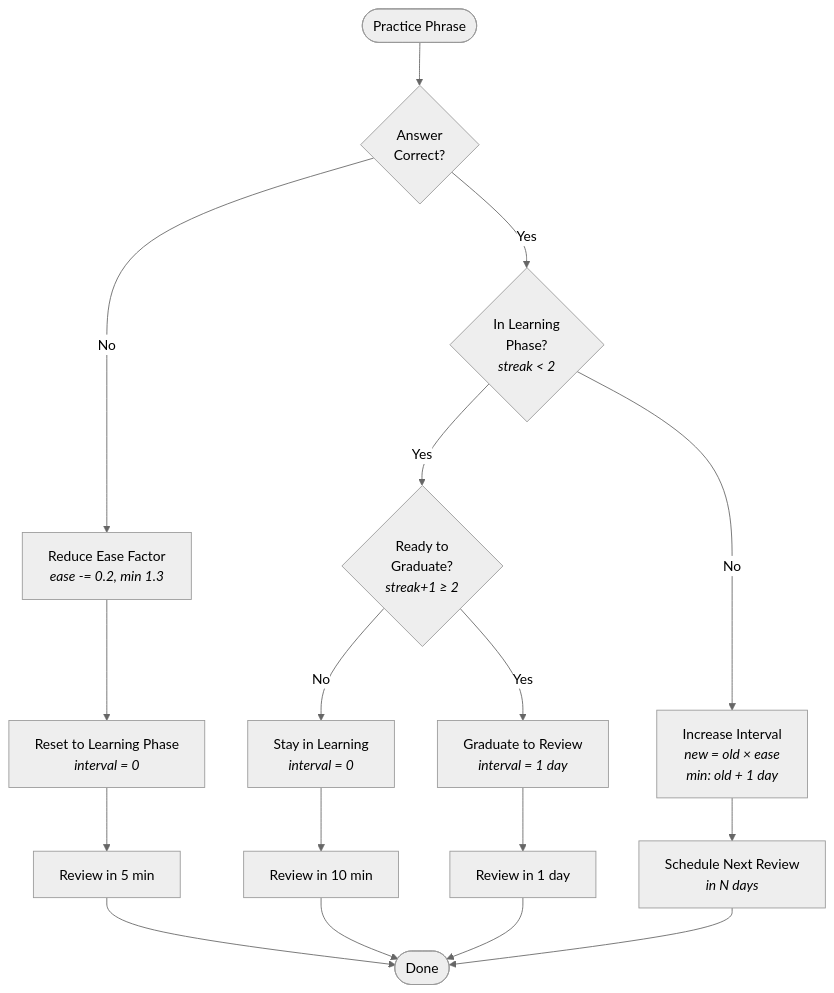
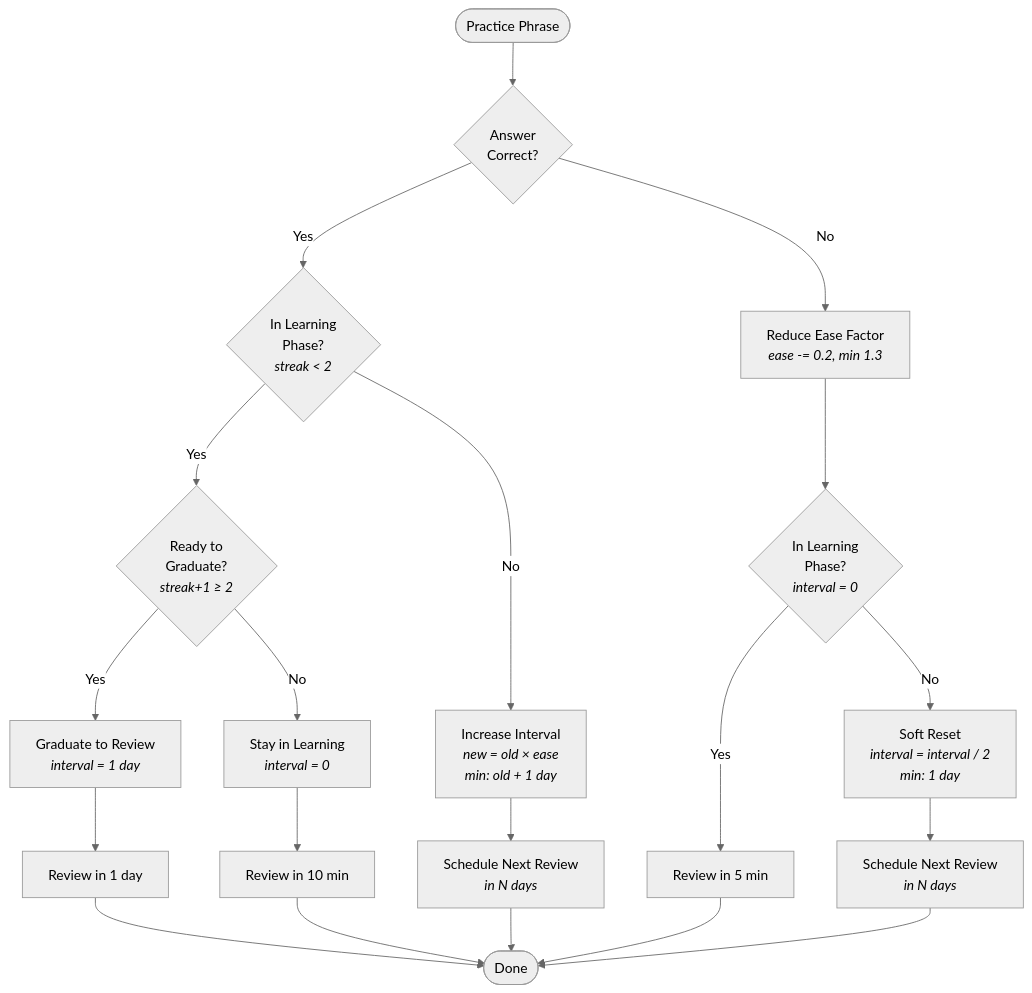
One commit to baniol/lang-learn-assist changed the diagram in docs/DOCUMENTATION.md. Above: the diagram before and after it, drawn with Mermaid (neutral theme). The commit also changed other lines of this file and 8 other files, not shown here.

First line of the commit message:
Improve SRS algorithm: soft reset and new phrase interleaving

````diff
--- a/docs/DOCUMENTATION.md
+++ b/docs/DOCUMENTATION.md
@@ -129,25 +129,29 @@
 ```mermaid
 flowchart TD
     Start([Practice Phrase]) --> CheckAnswer{Answer<br/>Correct?}
 
-    CheckAnswer -->|Yes| CheckPhase{In Learning<br/>Phase?<br/><i>streak < 2</i>}
+    CheckAnswer -->|Yes| CheckPhaseCorrect{In Learning<br/>Phase?<br/><i>streak < 2</i>}
     CheckAnswer -->|No| ReduceEase[Reduce Ease Factor<br/><i>ease -= 0.2, min 1.3</i>]
 
-    ReduceEase --> ResetLearning[Reset to Learning Phase<br/><i>interval = 0</i>]
-    ResetLearning --> ReviewSoon[Review in 5 min]
+    ReduceEase --> CheckPhaseWrong{In Learning<br/>Phase?<br/><i>interval = 0</i>}
 
-    CheckPhase -->|Yes| CheckGraduation{Ready to<br/>Graduate?<br/><i>streak+1 ≥ 2</i>}
-    CheckPhase -->|No| IncreaseInterval[Increase Interval<br/><i>new = old × ease</i><br/><i>min: old + 1 day</i>]
+    CheckPhaseWrong -->|Yes| ReviewSoon[Review in 5 min]
+    CheckPhaseWrong -->|No| SoftReset[Soft Reset<br/><i>interval = interval / 2</i><br/><i>min: 1 day</i>]
+    SoftReset --> ScheduleSoft[Schedule Next Review<br/><i>in N days</i>]
+
+    CheckPhaseCorrect -->|Yes| CheckGraduation{Ready to<br/>Graduate?<br/><i>streak+1 ≥ 2</i>}
+    CheckPhaseCorrect -->|No| IncreaseInterval[Increase Interval<br/><i>new = old × ease</i><br/><i>min: old + 1 day</i>]
 
     CheckGraduation -->|Yes| Graduate[Graduate to Review<br/><i>interval = 1 day</i>]
     CheckGraduation -->|No| StayLearning[Stay in Learning<br/><i>interval = 0</i>]
 
     StayLearning --> ReviewMinutes[Review in 10 min]
     Graduate --> ReviewDays[Review in 1 day]
     IncreaseInterval --> ScheduleNext[Schedule Next Review<br/><i>in N days</i>]
 
     ReviewSoon --> End([Done])
     ReviewMinutes --> End
     ReviewDays --> End
     ScheduleNext --> End
+    ScheduleSoft --> End
 ```
````
